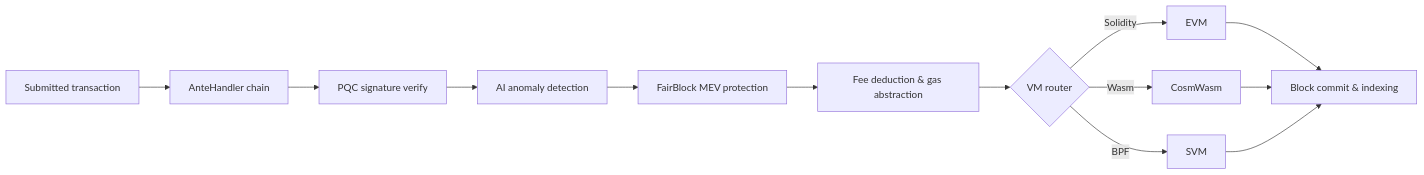
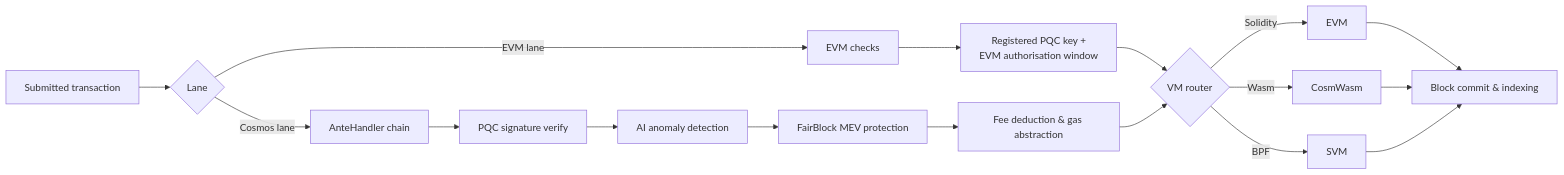
The diagram in docs/introduction/architecture-overview.md (qorechain/qorechain-docs), drawn with Mermaid before and after one commit. The commit also changed other lines of this file and 1055 other files, not shown here.

````diff
--- a/docs/introduction/architecture-overview.md
+++ b/docs/introduction/architecture-overview.md
@@ -14,15 +14,19 @@
 ```mermaid
 flowchart LR
-    Tx[Submitted transaction] --> Ante[AnteHandler chain]
+    Tx[Submitted transaction] --> Lane{Lane}
+    Lane -->|Cosmos lane| Ante[AnteHandler chain]
+    Lane -->|EVM lane| EAnte[EVM checks]
+    EAnte --> Win[Registered PQC key +<br/>EVM authorisation window]
+    Win --> Router
     Ante --> PQC[PQC signature verify]
     PQC --> AI[AI anomaly detection]
     AI --> Fair[FairBlock MEV protection]
     Fair --> Fee[Fee deduction & gas abstraction]
     Fee --> Router{VM router}
     Router -->|Solidity| EVM[EVM]
     Router -->|Wasm| Wasm[CosmWasm]
     Router -->|BPF| SVM[SVM]
     EVM --> Commit[Block commit & indexing]
     Wasm --> Commit
     SVM --> Commit
 ```
````
